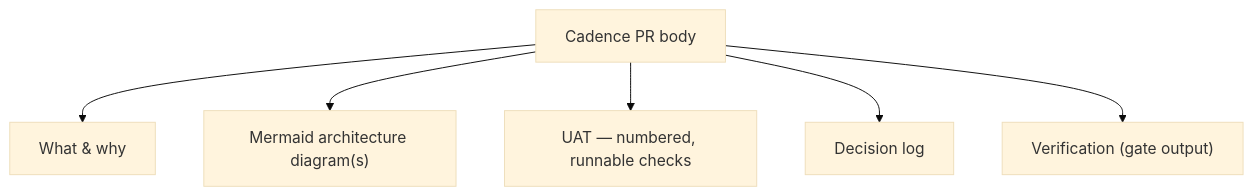
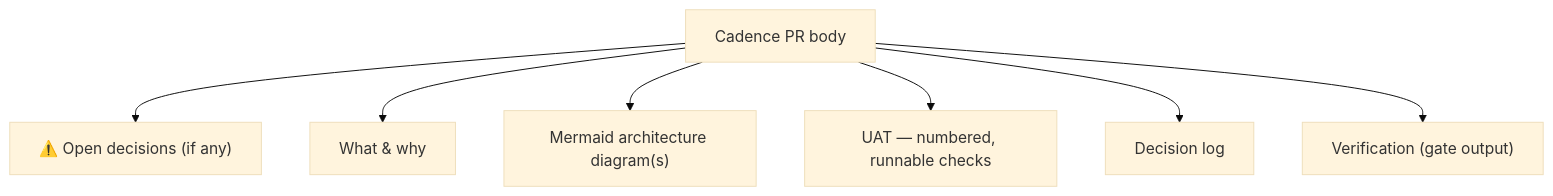
The sixth of 6 diagrams in plugins/cadence/README.md (hugo-hsbtech/hsb-plugin-marketplace), drawn with Mermaid (base theme) before and after one commit. The commit also changed other lines of this file and 8 other files, not shown here.

First line of the commit message:
feat(cadence): unfreeze multi-blocker tasks, make pending decisions answerable, own the draft/merge call (v3.3.0)

````diff
--- a/plugins/cadence/README.md
+++ b/plugins/cadence/README.md
@@ -392,8 +529,9 @@
 ```mermaid
 flowchart TD
-  PR["Cadence PR body"] --> W["What & why"]
+  PR["Cadence PR body"] --> OD["⚠️ Open decisions (if any)"]
+  PR --> W["What & why"]
   PR --> M["Mermaid architecture diagram(s)"]
   PR --> U["UAT — numbered, runnable checks"]
   PR --> DL["Decision log"]
   PR --> V["Verification (gate output)"]
 ```
````
